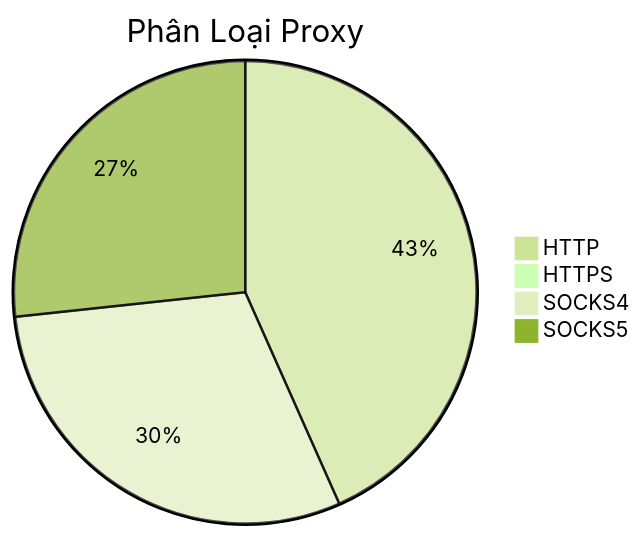
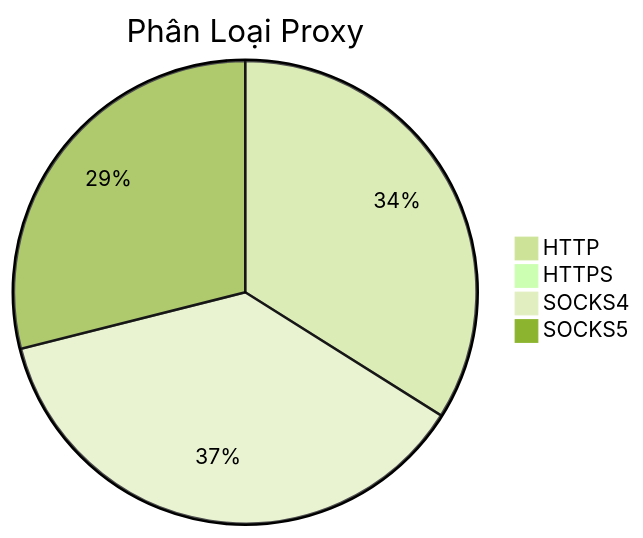
One commit to Ciara-12/PROXY-free changed the diagram in README.md. Above: the diagram before and after it, drawn with Mermaid (forest theme). The commit also changed other lines of this file and 3 other files, not shown here.

````diff
--- a/README.md
+++ b/README.md
@@ -26,7 +26,7 @@
 ```mermaid
 pie title Phân Loại Proxy
-    "HTTP" : 664
+    "HTTP" : 522
     "HTTPS" : 2
-    "SOCKS4" : 459
-    "SOCKS5" : 409
+    "SOCKS4" : 571
+    "SOCKS5" : 445
 ```
````
